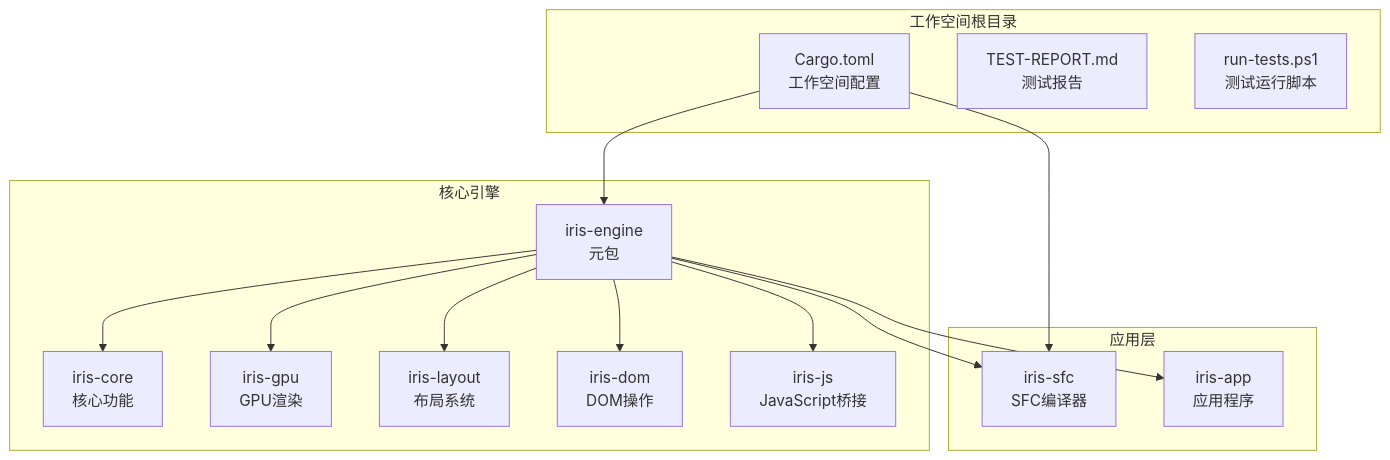
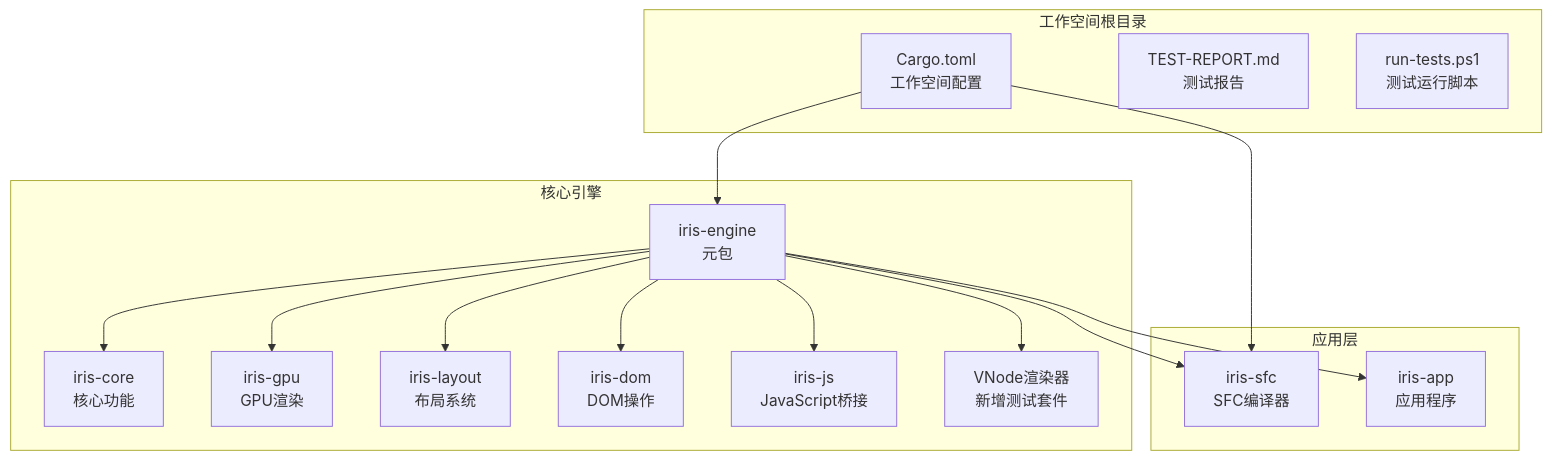
The first of 12 diagrams in .qoder/repowiki/zh/content/核心功能特性/工程化与商业化能力/测试框架与基础设施/测试框架与基础设施.md (itszzl-sudo/iris), drawn with Mermaid before and after one commit. The commit also changed other lines of this file and 4 other files, not shown here.

````diff
--- a/.qoder/repowiki/zh/content/核心功能特性/工程化与商业化能力/测试框架与基础设施/测试框架与基础设施.md
+++ b/.qoder/repowiki/zh/content/核心功能特性/工程化与商业化能力/测试框架与基础设施/测试框架与基础设施.md
@@ -56,29 +62,31 @@
 ```mermaid
 graph TB
 subgraph "工作空间根目录"
 WS[Cargo.toml<br/>工作空间配置]
 TR[TEST-REPORT.md<br/>测试报告]
 RT[run-tests.ps1<br/>测试运行脚本]
 end
 subgraph "核心引擎"
 IE[iris-engine<br/>元包]
 IC[iris-core<br/>核心功能]
 IG[iris-gpu<br/>GPU渲染]
 IL[iris-layout<br/>布局系统]
 ID[iris-dom<br/>DOM操作]
 IJS[iris-js<br/>JavaScript桥接]
+IENG[VNode渲染器<br/>新增测试套件]
 end
 subgraph "应用层"
 ISFC[iris-sfc<br/>SFC编译器]
 IAPP[iris-app<br/>应用程序]
 end
 WS --> IE
 WS --> ISFC
 IE --> IC
 IE --> IG
 IE --> IL
 IE --> ID
 IE --> IJS
 IE --> ISFC
 IE --> IAPP
+IE --> IENG
 ```
````
